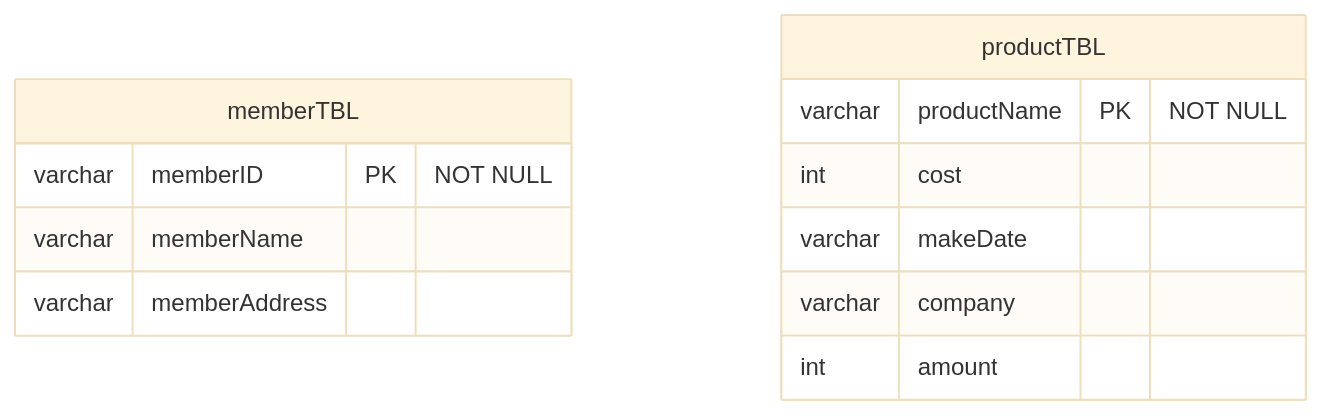
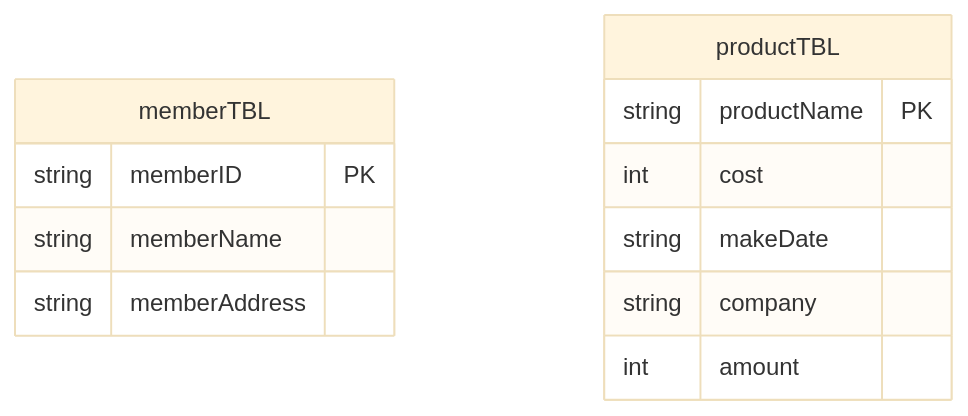
One commit to metaapple/kb7-db changed the second of 7 diagrams in db02/README.md. Above: the diagram before and after it, drawn with Mermaid (base theme). The commit also changed other lines of this file, not shown here.

````diff
--- a/db02/README.md
+++ b/db02/README.md
@@ -36,15 +38,15 @@
 ```mermaid
 erDiagram
     memberTBL {
-        varchar memberID PK "NOT NULL"
-        varchar memberName
-        varchar memberAddress
+        string memberID PK
+        string memberName
+        string memberAddress
     }
     productTBL {
-        varchar productName PK "NOT NULL"
+        string productName PK
         int cost
-        varchar makeDate
-        varchar company
+        string makeDate
+        string company
         int amount
     }
 ```
````
